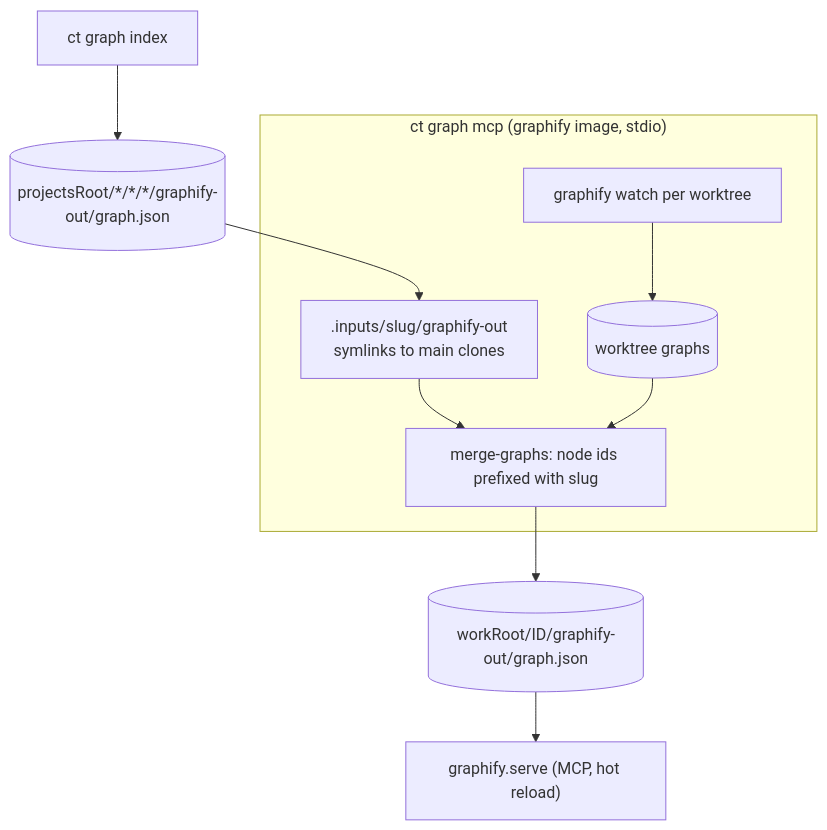
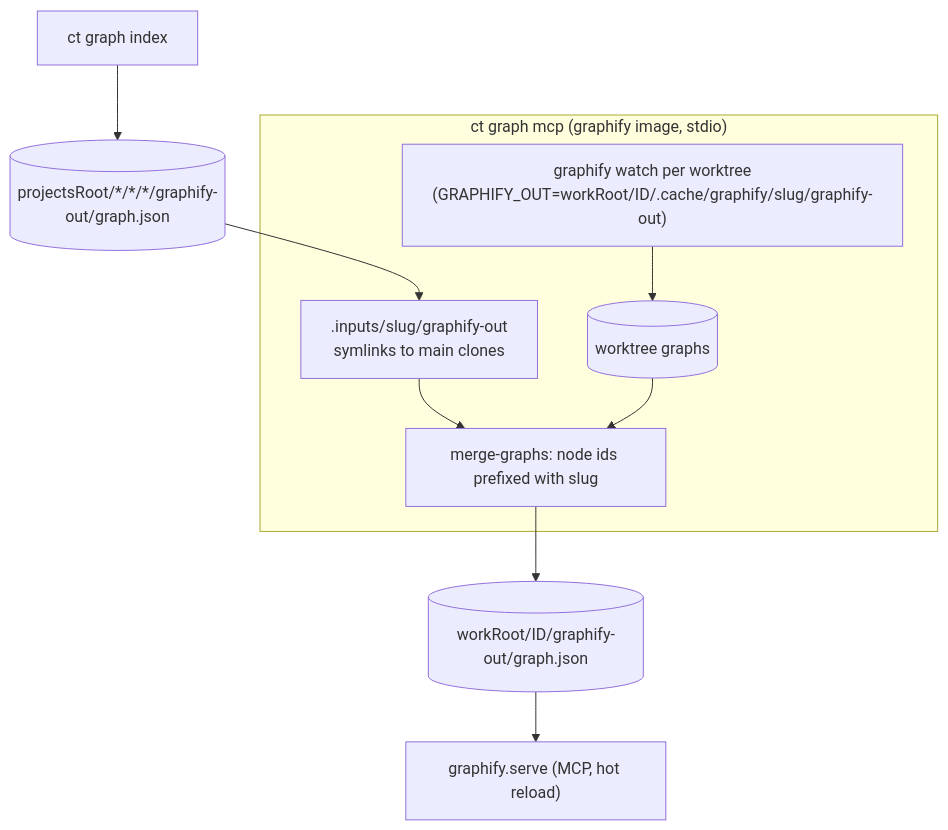
Before and after one commit to zero4573/claude-tickets: the seventh of 7 diagrams in README.md, drawn with Mermaid. The commit also changed other lines of this file and 3 other files, not shown here.

First line of the commit message:
docs: describe diff-check, worktree graphs, task lists, ws refresh and dev starts

````diff
--- a/README.md
+++ b/README.md
@@ -651,11 +685,11 @@
 ```mermaid
 flowchart TB
   idx["ct graph index"] --> mg[("projectsRoot/*/*/*/graphify-out/graph.json")]
   subgraph server["ct graph mcp (graphify image, stdio)"]
-    watch["graphify watch per worktree"] --> wg[(worktree graphs)]
+    watch["graphify watch per worktree<br/>(GRAPHIFY_OUT=workRoot/ID/.cache/graphify/slug/graphify-out)"] --> wg[(worktree graphs)]
     links[".inputs/slug/graphify-out<br/>symlinks to main clones"]
     merge["merge-graphs: node ids prefixed with slug"]
   end
   mg --> links --> merge
   wg --> merge --> out[("workRoot/ID/graphify-out/graph.json")] --> serve["graphify.serve (MCP, hot reload)"]
 ```
````
